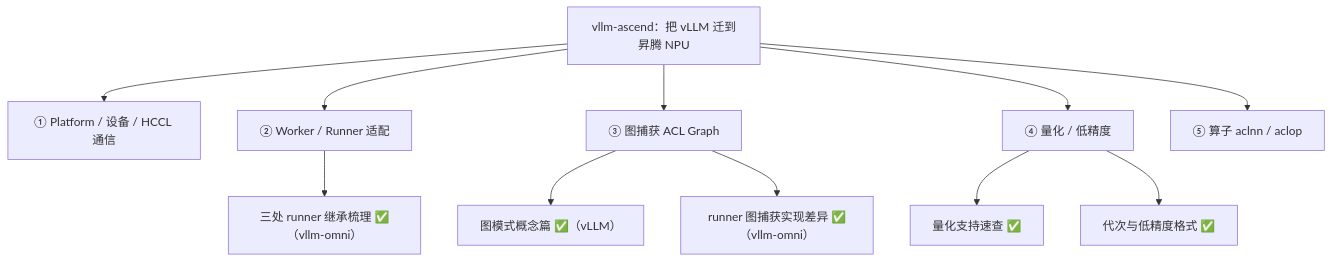
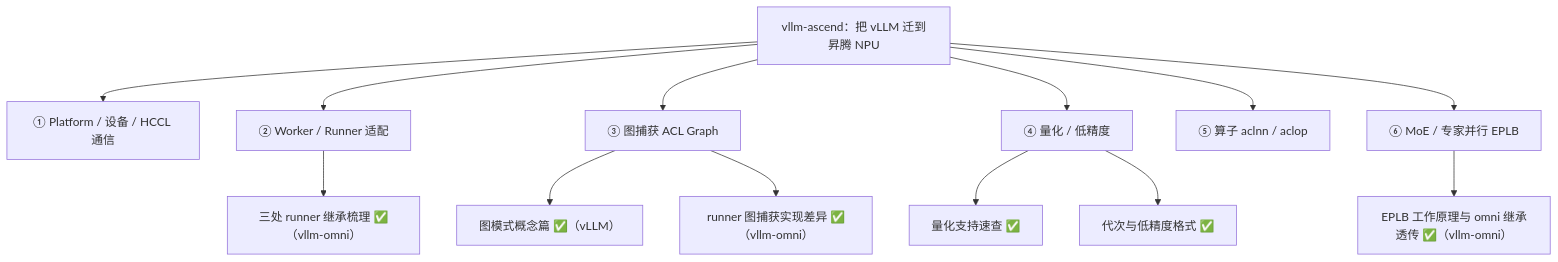
One commit to FayeSpica/learn-omni changed the diagram in docs/vllm-ascend/index.md. Above: the diagram before and after it, drawn with Mermaid. The commit also changed other lines of this file and 3 other files, not shown here.

First line of the commit message:
新增 EPLB 笔记:工作原理 + 昇腾异步改造 + omni 继承透传

````diff
--- a/docs/vllm-ascend/index.md
+++ b/docs/vllm-ascend/index.md
@@ -9,13 +9,15 @@
 ```mermaid
 flowchart TD
   ROOT["vllm-ascend：把 vLLM 迁到昇腾 NPU"] --> PLAT["① Platform / 设备 / HCCL 通信"]
   ROOT --> WK["② Worker / Runner 适配"]
   ROOT --> GR["③ 图捕获 ACL Graph"]
   ROOT --> QT["④ 量化 / 低精度"]
   ROOT --> OP["⑤ 算子 aclnn / aclop"]
+  ROOT --> MOE["⑥ MoE / 专家并行 EPLB"]
   WK --> W1["三处 runner 继承梳理 ✅（vllm-omni）"]
   GR --> G1["图模式概念篇 ✅（vLLM）"]
   GR --> G2["runner 图捕获实现差异 ✅（vllm-omni）"]
   QT --> Q1["量化支持速查 ✅"]
   QT --> Q2["代次与低精度格式 ✅"]
+  MOE --> M1["EPLB 工作原理与 omni 继承透传 ✅（vllm-omni）"]
 ```
````
